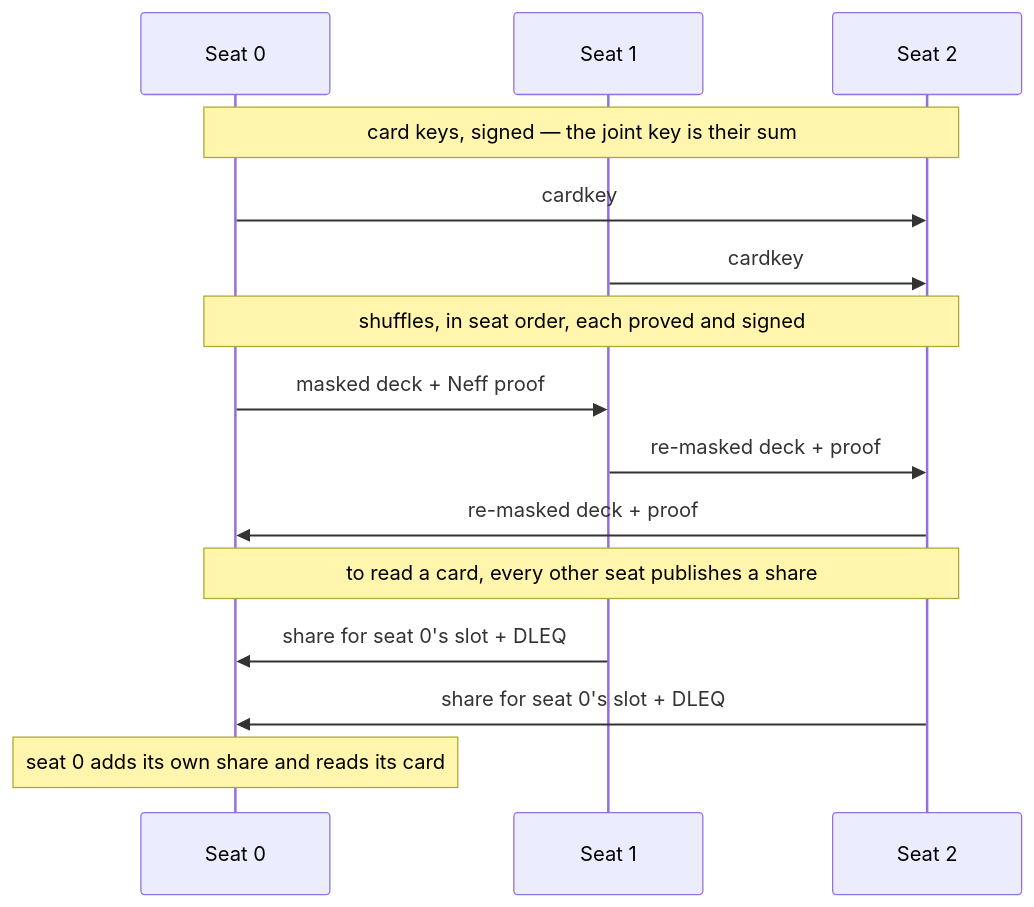
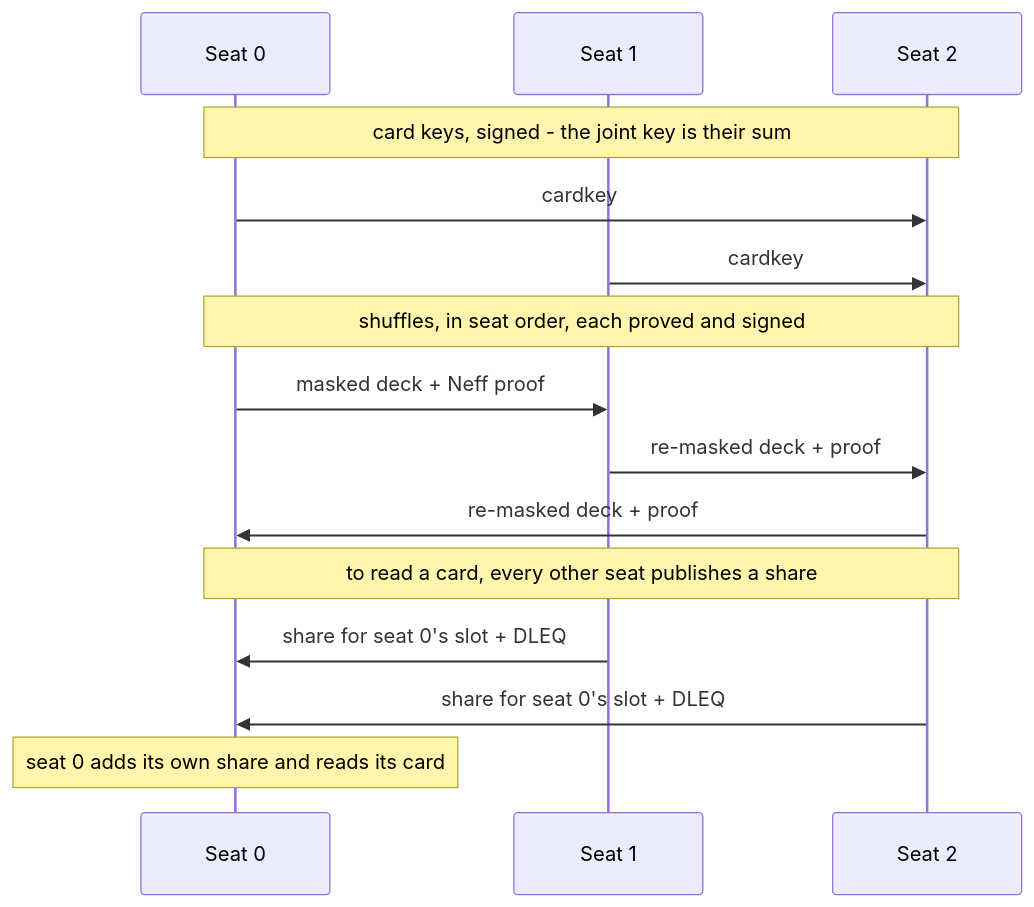
One commit to karamble/dcrpoker changed the fourth of 5 diagrams in docs/trust-model.md. Above: the diagram before and after it, drawn with Mermaid. The commit also changed other lines of this file and 3 other files, not shown here.

First line of the commit message:
Let the claim diagram render, and drop the em dashes

````diff
--- a/docs/trust-model.md
+++ b/docs/trust-model.md
@@ -223,17 +223,17 @@
 ```mermaid
 sequenceDiagram
     participant A as Seat 0
     participant B as Seat 1
     participant C as Seat 2
-    Note over A,C: card keys, signed — the joint key is their sum
+    Note over A,C: card keys, signed - the joint key is their sum
     A->>C: cardkey
     B->>C: cardkey
     Note over A,C: shuffles, in seat order, each proved and signed
     A->>B: masked deck + Neff proof
     B->>C: re-masked deck + proof
     C->>A: re-masked deck + proof
     Note over A,C: to read a card, every other seat publishes a share
     B->>A: share for seat 0's slot + DLEQ
     C->>A: share for seat 0's slot + DLEQ
     Note over A: seat 0 adds its own share and reads its card
 ```
````
